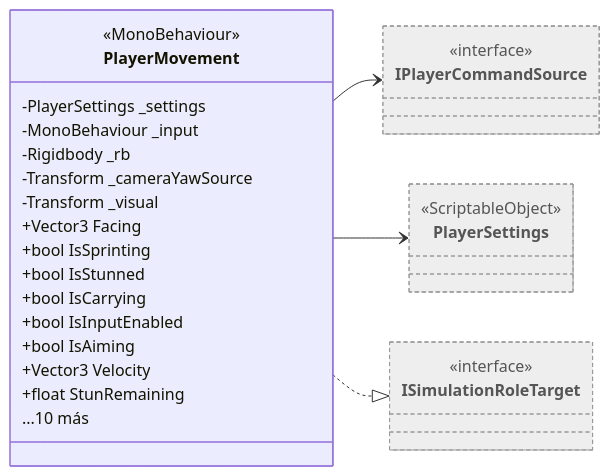
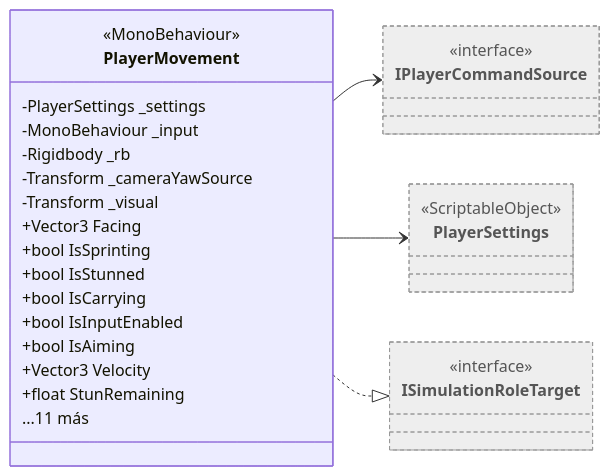
The diagram in Docs/Arquitectura/Clases/Player/PlayerMovement.md (Chacashi/Alien-Farms), drawn with Mermaid before and after one commit. The commit also changed other lines of this file and 171 other files, not shown here.

````diff
--- a/Docs/Arquitectura/Clases/Player/PlayerMovement.md
+++ b/Docs/Arquitectura/Clases/Player/PlayerMovement.md
@@ -18,31 +18,31 @@
 ```mermaid
 classDiagram
   direction LR
   class PlayerMovement {
     <<MonoBehaviour>>
     -PlayerSettings _settings
     -MonoBehaviour _input
     -Rigidbody _rb
     -Transform _cameraYawSource
     -Transform _visual
     +Vector3 Facing
     +bool IsSprinting
     +bool IsStunned
     +bool IsCarrying
     +bool IsInputEnabled
     +bool IsAiming
     +Vector3 Velocity
     +float StunRemaining
-    ...10 más
+    ...11 más
   }
   class IPlayerCommandSource:::external
   <<interface>> IPlayerCommandSource
   class ISimulationRoleTarget:::external
   <<interface>> ISimulationRoleTarget
   class PlayerSettings:::external
   <<ScriptableObject>> PlayerSettings
   PlayerMovement --> IPlayerCommandSource
   PlayerMovement --> PlayerSettings
   PlayerMovement ..|> ISimulationRoleTarget
   classDef external fill:#eee,stroke:#999,stroke-dasharray: 4 3,color:#555
 ```
````
